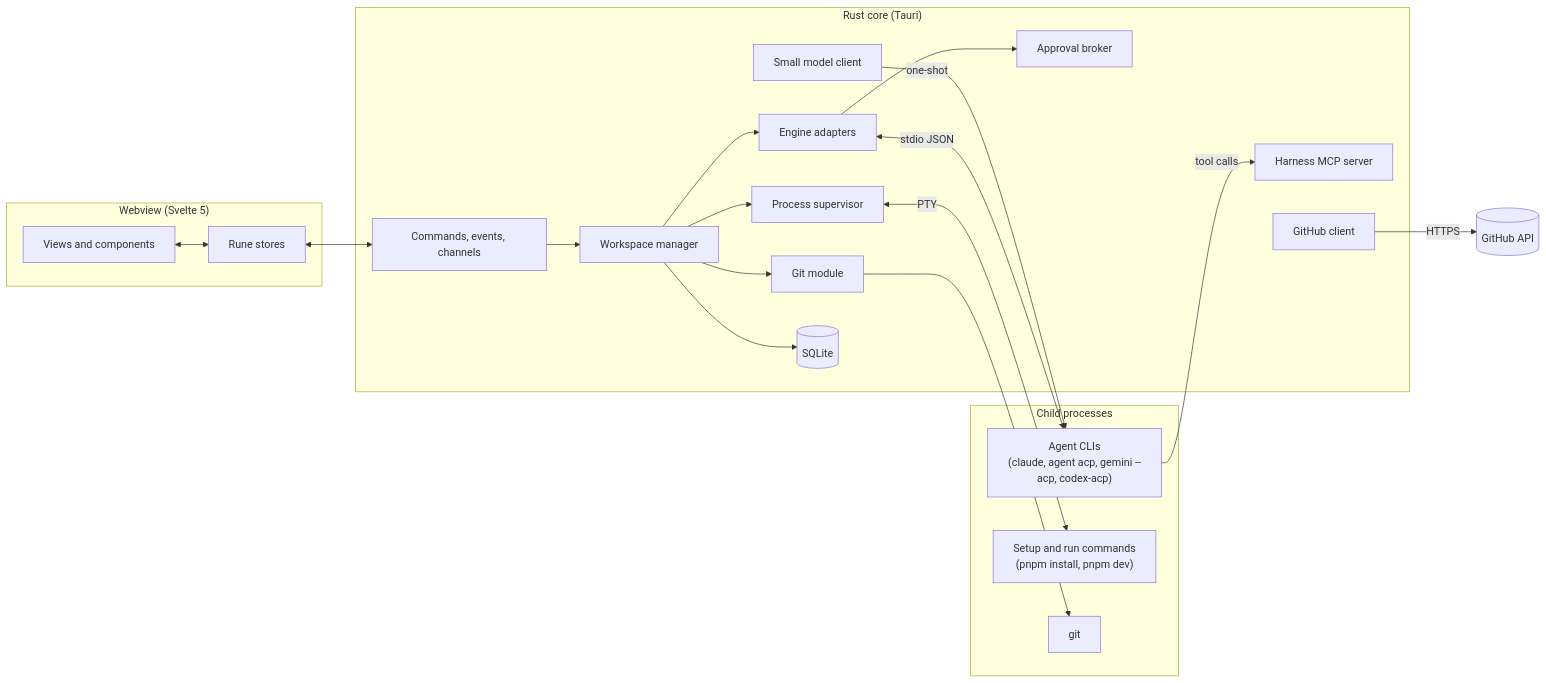
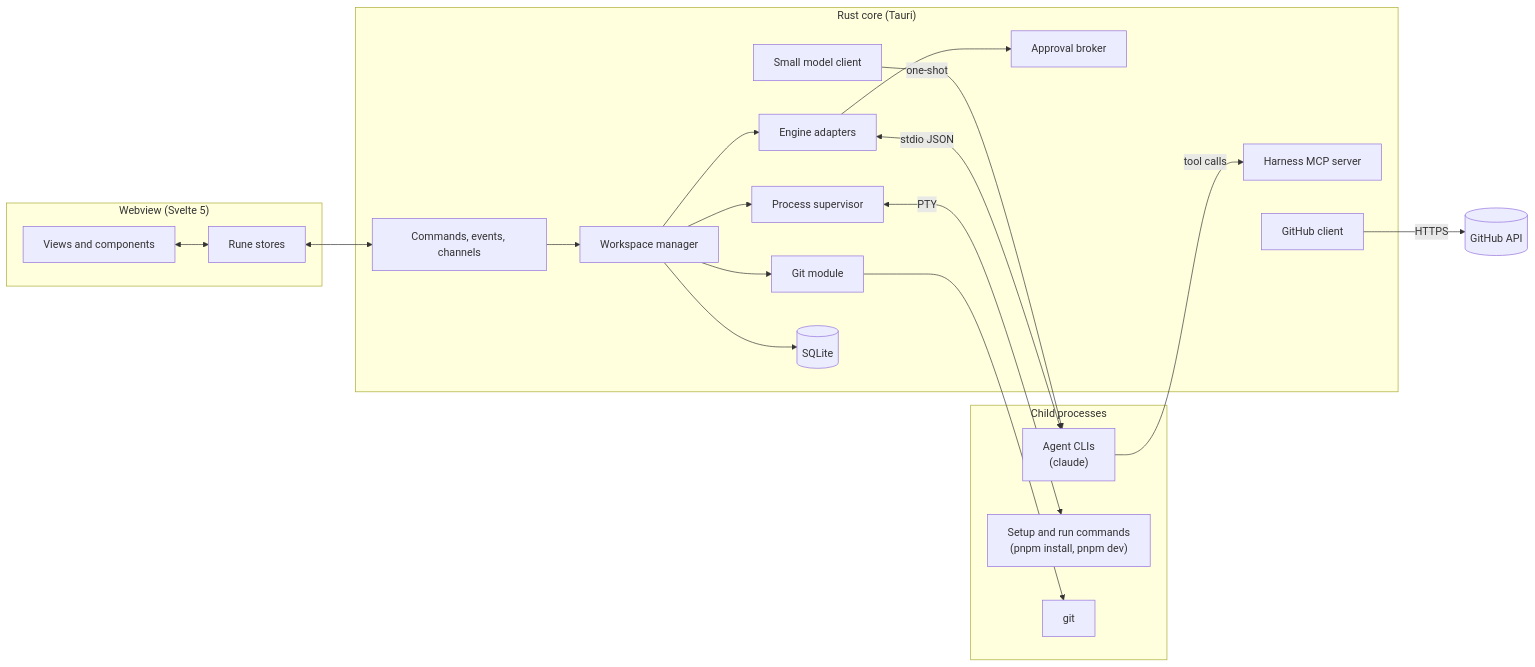
Before and after one commit to cormacrw/cormux: the diagram in product/ARCHITECTURE.md, drawn with Mermaid. The commit also changed other lines of this file and 40 other files, not shown here.

First line of the commit message:
Remove Codex, Gemini and the ACP engine path

````diff
--- a/product/ARCHITECTURE.md
+++ b/product/ARCHITECTURE.md
@@ -60,38 +60,38 @@
 ```mermaid
 flowchart LR
   subgraph Webview["Webview (Svelte 5)"]
     UI[Views and components]
     Stores[Rune stores]
   end
 
   subgraph Core["Rust core (Tauri)"]
     IPC[Commands, events, channels]
     WS[Workspace manager]
     ENG[Engine adapters]
     APR[Approval broker]
     MCP[Harness MCP server]
     GIT[Git module]
     PROC[Process supervisor]
     GH[GitHub client]
     LLM[Small model client]
     DB[(SQLite)]
   end
 
   subgraph Children["Child processes"]
-    Agents["Agent CLIs\n(claude, agent acp, gemini --acp, codex-acp)"]
+    Agents["Agent CLIs\n(claude)"]
     Apps["Setup and run commands\n(pnpm install, pnpm dev)"]
     Git[git]
   end
 
   UI <--> Stores
   Stores <--> IPC
   IPC --> WS
   WS --> ENG & GIT & PROC & DB
   ENG <-->|stdio JSON| Agents
   Agents -->|tool calls| MCP
   ENG --> APR
   PROC <-->|PTY| Apps
   GIT --> Git
   GH -->|HTTPS| GitHub[(GitHub API)]
   LLM -->|one-shot| Agents
 ```
````
